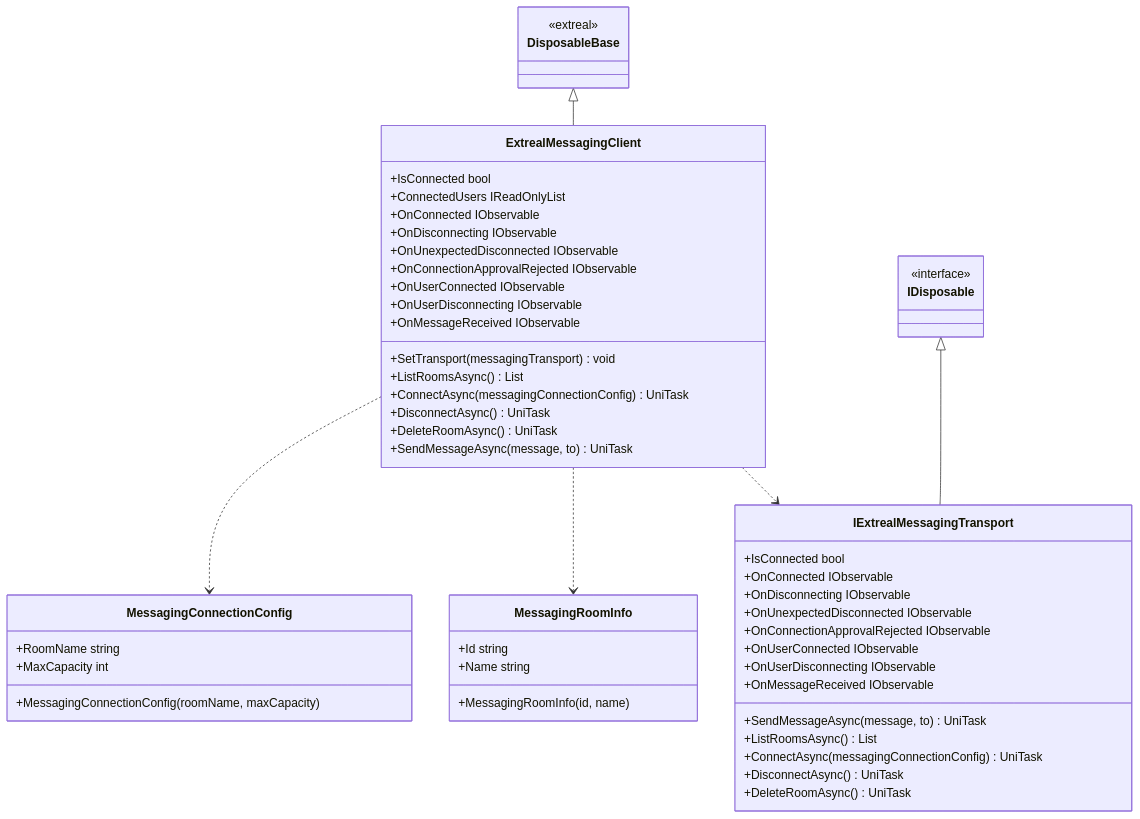
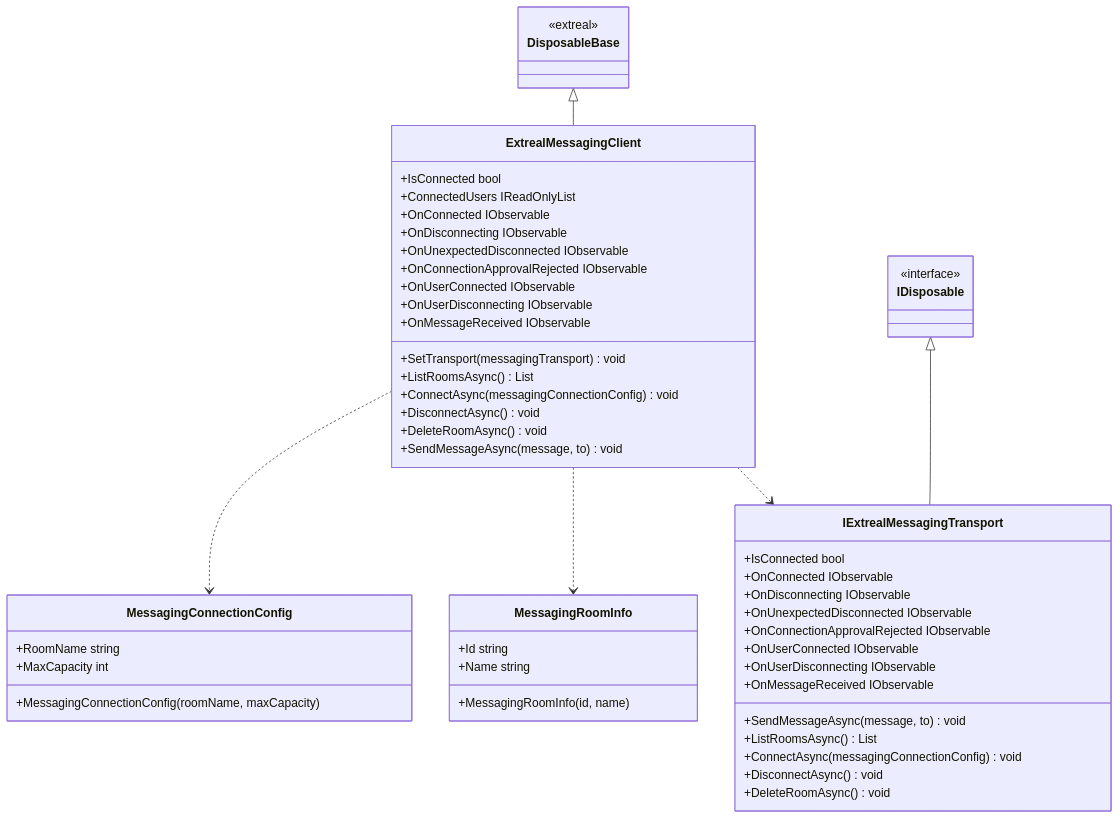
One commit to extreal-dev/Extreal.Guide changed the diagram in docs/integration/messaging.common.md. Above: the diagram before and after it, drawn with Mermaid. The commit also changed other lines of this file, not shown here.

Commit message:
Modify messaging

````diff
--- a/docs/integration/messaging.common.md
+++ b/docs/integration/messaging.common.md
@@ -21,63 +25,63 @@
 ```mermaid
 classDiagram
 
     ExtrealMessagingClient ..> IExtrealMessagingTransport
     ExtrealMessagingClient ..> MessagingRoomInfo
     ExtrealMessagingClient ..> MessagingConnectionConfig
     DisposableBase <|-- ExtrealMessagingClient 
     IDisposable <|-- IExtrealMessagingTransport
 
     class ExtrealMessagingClient {
         +IsConnected bool
         +ConnectedUsers IReadOnlyList
         +OnConnected IObservable
         +OnDisconnecting IObservable
         +OnUnexpectedDisconnected IObservable
         +OnConnectionApprovalRejected IObservable
         +OnUserConnected IObservable
         +OnUserDisconnecting IObservable
         +OnMessageReceived IObservable
         +SetTransport(messagingTransport) void
         +ListRoomsAsync() List
-        +ConnectAsync(messagingConnectionConfig) UniTask
-        +DisconnectAsync() UniTask
-        +DeleteRoomAsync() UniTask
-        +SendMessageAsync(message, to) UniTask
+        +ConnectAsync(messagingConnectionConfig) void
+        +DisconnectAsync() void
+        +DeleteRoomAsync() void
+        +SendMessageAsync(message, to) void
     }
     
     class IExtrealMessagingTransport {
         +IsConnected bool
         +OnConnected IObservable
         +OnDisconnecting IObservable
         +OnUnexpectedDisconnected IObservable
         +OnConnectionApprovalRejected IObservable
         +OnUserConnected IObservable
         +OnUserDisconnecting IObservable
         +OnMessageReceived IObservable
-        +SendMessageAsync(message, to)  UniTask
+        +SendMessageAsync(message, to)  void
         +ListRoomsAsync()  List
-        +ConnectAsync(messagingConnectionConfig)  UniTask
-        +DisconnectAsync()  UniTask
-        +DeleteRoomAsync()  UniTask
+        +ConnectAsync(messagingConnectionConfig)  void
+        +DisconnectAsync()  void
+        +DeleteRoomAsync()  void
     }
     
     class MessagingConnectionConfig {
         +RoomName string
         +MaxCapacity int
         +MessagingConnectionConfig(roomName, maxCapacity)
     }
     
     class MessagingRoomInfo {
         +Id string
         +Name string
         +MessagingRoomInfo(id, name)
     }
     
     class DisposableBase {
         <<extreal>>
     }
 
     class IDisposable {
         <<interface>>
     }
 ```
````
